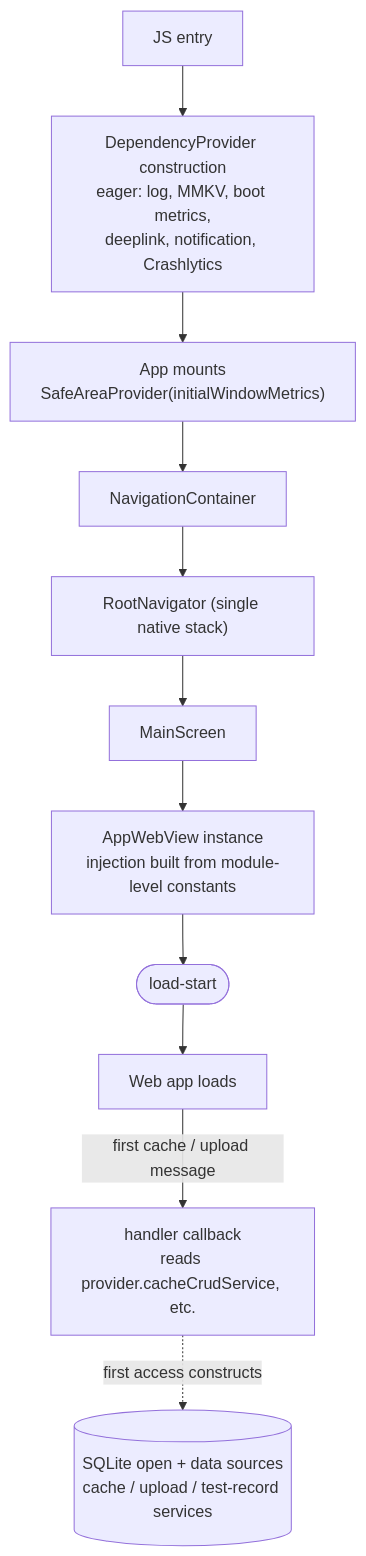
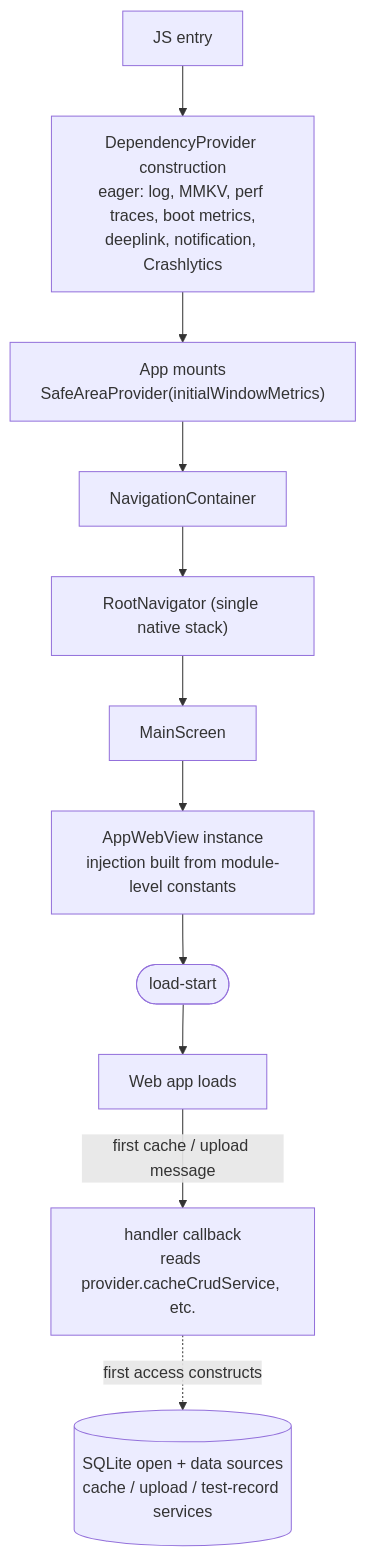
One commit to lemoncloud-io/dou-app changed the diagram in apps/mobile/docs/boot/boot-optimization.md. Above: the diagram before and after it, drawn with Mermaid. The commit also changed other lines of this file and 102 other files, not shown here.

First line of the commit message:
feat(perf,mobile,web): record traces in Firebase Performance and time room opens (ADR-0120)

````diff
--- a/apps/mobile/docs/boot/boot-optimization.md
+++ b/apps/mobile/docs/boot/boot-optimization.md
@@ -11,13 +11,13 @@
 ```mermaid
 flowchart TD
-    JS[JS entry] --> P["DependencyProvider construction<br/>eager: log, MMKV, boot metrics,<br/>deeplink, notification, Crashlytics"]
+    JS[JS entry] --> P["DependencyProvider construction<br/>eager: log, MMKV, perf traces, boot metrics,<br/>deeplink, notification, Crashlytics"]
     P --> APP["App mounts<br/>SafeAreaProvider(initialWindowMetrics)"]
     APP --> NC[NavigationContainer]
     NC --> RS["RootNavigator (single native stack)"]
     RS --> MS[MainScreen]
     MS --> WV["AppWebView instance<br/>injection built from module-level constants"]
     WV --> LS([load-start])
     LS --> WEB[Web app loads]
     WEB -->|"first cache / upload message"| H["handler callback<br/>reads provider.cacheCrudService, etc."]
     H -.first access constructs.-> L[("SQLite open + data sources<br/>cache / upload / test-record services")]
 ```
````
